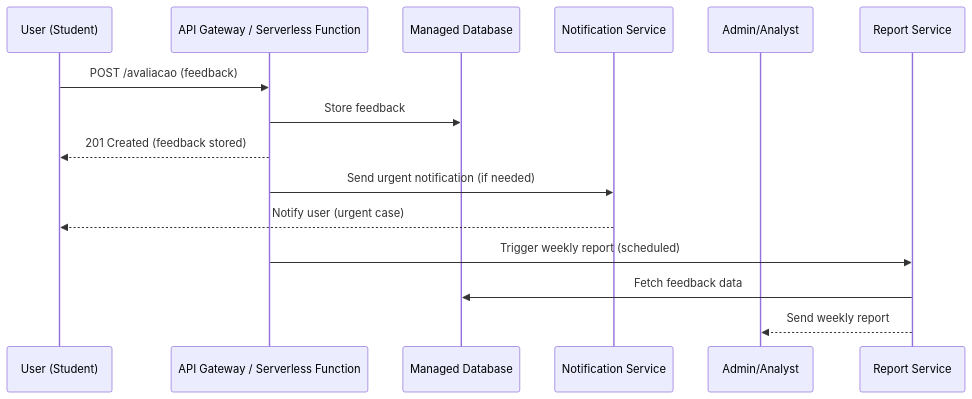
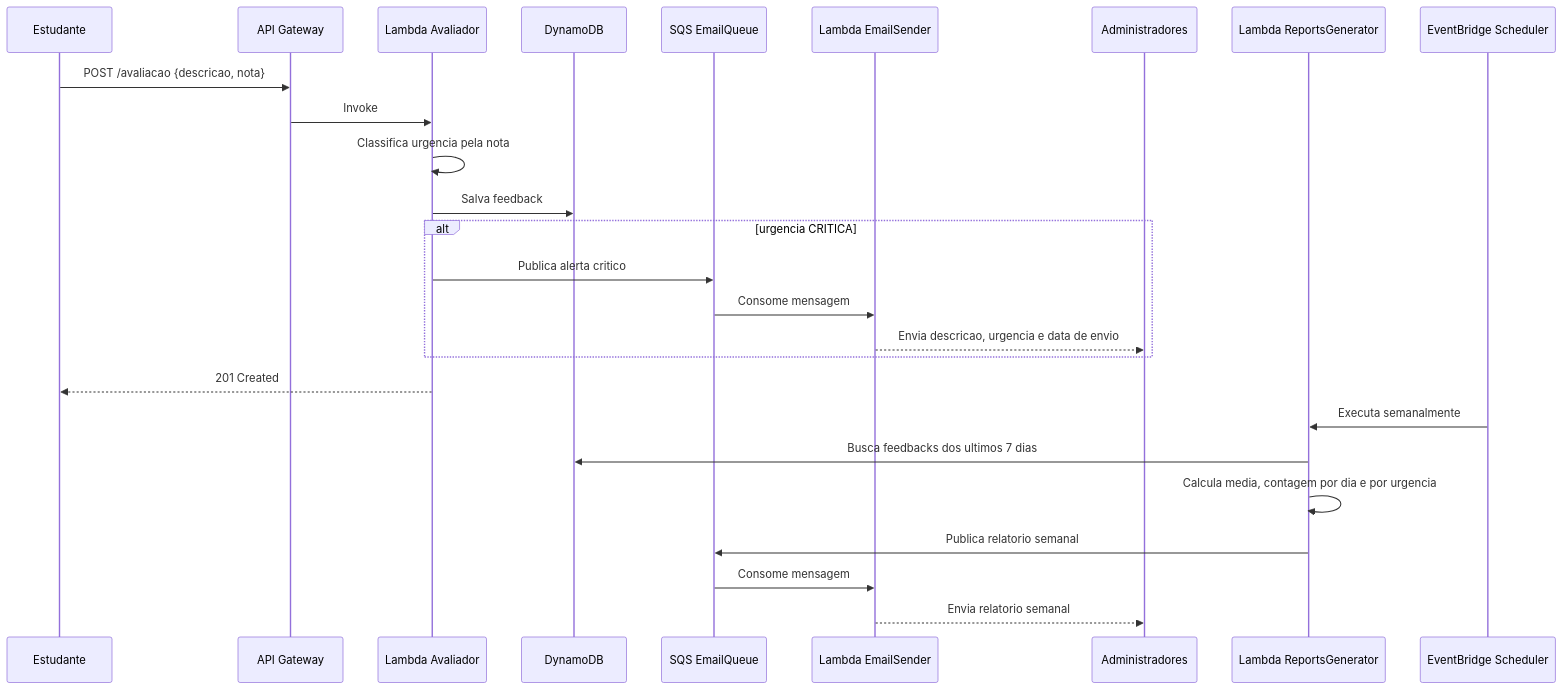
Before and after one commit to eps364/tech-challenge-fase-04: the diagram in docs/diagrams/flows.mmd, drawn with Mermaid. The commit also changed 41 other files, not shown here.

```diff
--- a/docs/diagrams/flows.mmd
+++ b/docs/diagrams/flows.mmd
@@ -1,25 +1,30 @@
-%% Main Business Flows - Tech Challenge Fase 04
-%% This diagram shows the main flows: feedback submission, urgent notification, and weekly report.
-%% Language: English
+%% Fluxos principais - Tech Challenge Fase 04
 
 sequenceDiagram
-    participant User as User (Student)
-    participant API as API Gateway / Serverless Function
-    participant DB as Managed Database
-    participant Notification as Notification Service
-    participant Admin as Admin/Analyst
-    participant Report as Report Service
+    participant Student as Estudante
+    participant API as API Gateway
+    participant Avaliador as Lambda Avaliador
+    participant DB as DynamoDB
+    participant Queue as SQS EmailQueue
+    participant Email as Lambda EmailSender
+    participant Admin as Administradores
+    participant Reports as Lambda ReportsGenerator
+    participant Scheduler as EventBridge Scheduler
 
-    %% Feedback Submission
-    User->>API: POST /avaliacao (feedback)
-    API->>DB: Store feedback
-    API-->>User: 201 Created (feedback stored)
+    Student->>API: POST /avaliacao {descricao, nota}
+    API->>Avaliador: Invoke
+    Avaliador->>Avaliador: Classifica urgencia pela nota
+    Avaliador->>DB: Salva feedback
+    alt urgencia CRITICA
+        Avaliador->>Queue: Publica alerta critico
+        Queue->>Email: Consome mensagem
+        Email-->>Admin: Envia descricao, urgencia e data de envio
+    end
+    Avaliador-->>Student: 201 Created
 
-    %% Urgent Notification Flow
-    API->>Notification: Send urgent notification (if needed)
-    Notification-->>User: Notify user (urgent case)
-
-    %% Weekly Report Flow
-    API->>Report: Trigger weekly report (scheduled)
-    Report->>DB: Fetch feedback data
-    Report-->>Admin: Send weekly report
+    Scheduler->>Reports: Executa semanalmente
+    Reports->>DB: Busca feedbacks dos ultimos 7 dias
+    Reports->>Reports: Calcula media, contagem por dia e por urgencia
+    Reports->>Queue: Publica relatorio semanal
+    Queue->>Email: Consome mensagem
+    Email-->>Admin: Envia relatorio semanal
```
